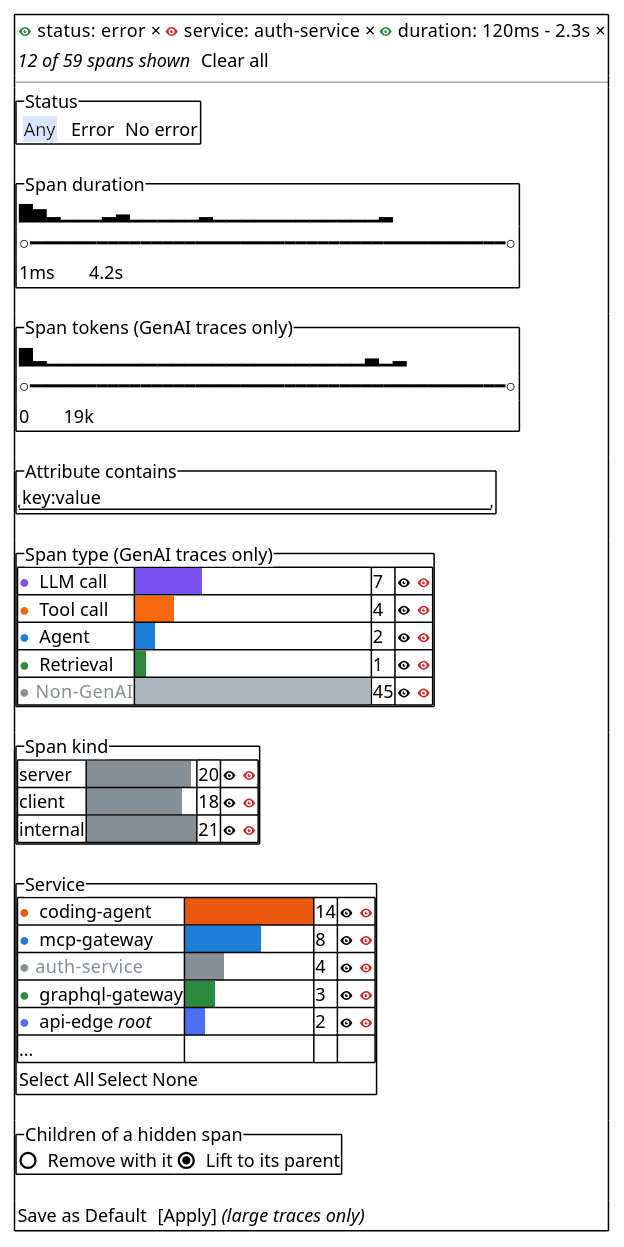
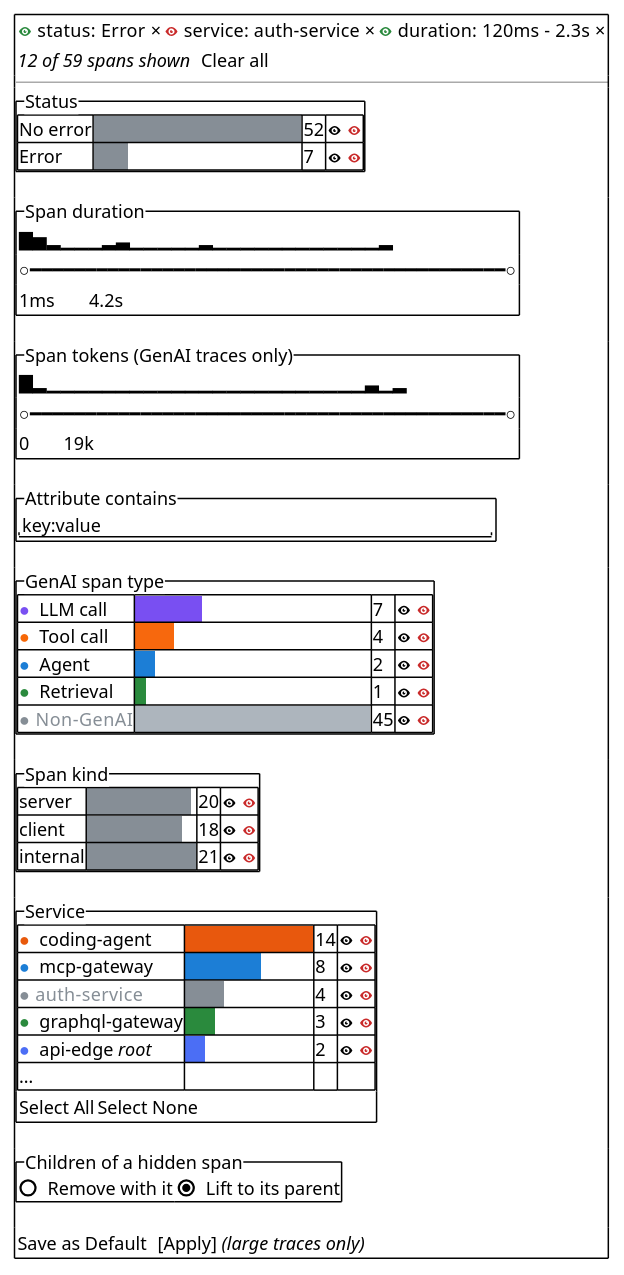
One commit to Prakhar1Ojha/jaeger-ui changed the diagram in docs/rfc/0009/popover.puml. Above: the diagram before and after it, drawn with PlantUML. The commit also changed 10 other files, not shown here.

```diff
--- a/docs/rfc/0009/popover.puml
+++ b/docs/rfc/0009/popover.puml
@@ -5,54 +5,57 @@
 @startsalt
 {+
-  { <color:#2b8a3e><&eye></color> status: error  × | <color:#c92a2a><&eye></color> service: auth-service  × | <color:#2b8a3e><&eye></color> duration: 120ms – 2.3s  × }
+  { <color:#2b8a3e><&eye></color> status: Error  × | <color:#c92a2a><&eye></color> service: auth-service  × | <color:#2b8a3e><&eye></color> duration: 120ms – 2.3s  × }
   { <i>12 of 59 spans shown</i> | . | Clear all }
   --
   {^"Status"
-    { <back:#dbe4ff> Any </back> | . | Error | . | No error }
+    {#
+      No error | <back:#868e96>                                            </back> | 52 | <&eye> <color:#c92a2a><&eye></color>
+      Error | <back:#868e96>       </back> | 7 | <&eye> <color:#c92a2a><&eye></color>
+    }
   }
   {^"Span duration"
     { ▇▅▂▁▁▁▂▃▁▁▁▁▁▂▁▁▁▁▁▁▁▁▁▁▁▁▂ }
     { ○━━━━━━━━━━━━━━━━━━━━━━━━━━━━━━━━━━━━━━━━━━━○ }
     { 1ms | . | . | . | . | 4.2s }
   }
   {^"Span tokens (GenAI traces only)"
     { ▇▂▁▁▁▁▁▁▁▁▁▁▁▁▁▁▁▁▁▁▁▁▁▁▁▃▁▂ }
     { ○━━━━━━━━━━━━━━━━━━━━━━━━━━━━━━━━━━━━━━━━━━━○ }
     { 0 | . | . | . | . | 19k }
   }
   {^"Attribute contains"
     "key:value                              "
   }
-  {^"Span type (GenAI traces only)"
+  {^"GenAI span type"
     {#
       <color:#7950f2>●</color> LLM call | <back:#7950f2>              </back> | 7 | <&eye> <color:#c92a2a><&eye></color>
       <color:#f76707>●</color> Tool call | <back:#f76707>        </back> | 4 | <&eye> <color:#c92a2a><&eye></color>
       <color:#1c7ed6>●</color> Agent | <back:#1c7ed6>    </back> | 2 | <&eye> <color:#c92a2a><&eye></color>
       <color:#2b8a3e>●</color> Retrieval | <back:#2b8a3e>  </back> | 1 | <&eye> <color:#c92a2a><&eye></color>
       <color:#868e96>● Non-GenAI</color> | <back:#adb5bd>                                                  </back> | 45 | <&eye> <color:#c92a2a><b><&eye></b></color>
     }
   }
   {^"Span kind"
     {#
       server | <back:#868e96>                      </back> | 20 | <&eye> <color:#c92a2a><&eye></color>
       client | <back:#868e96>                    </back> | 18 | <&eye> <color:#c92a2a><&eye></color>
       internal | <back:#868e96>                       </back> | 21 | <&eye> <color:#c92a2a><&eye></color>
     }
   }
   {^"Service"
     {#
       <color:#e8590c>●</color> coding-agent     | <back:#e8590c>                           </back> | 14 | <&eye> <color:#c92a2a><&eye></color>
       <color:#1c7ed6>●</color> mcp-gateway      | <back:#1c7ed6>                </back> | 8 | <&eye> <color:#c92a2a><&eye></color>
       <color:#868e96>● auth-service     </color>| <back:#868e96>        </back> | 4 | <&eye> <color:#c92a2a><b><&eye></b></color>
       <color:#2b8a3e>●</color> graphql-gateway  | <back:#2b8a3e>      </back> | 3 | <&eye> <color:#c92a2a><&eye></color>
       <color:#4c6ef5>●</color> api-edge <i>root</i>   | <back:#4c6ef5>    </back> | 2 | <&eye> <color:#c92a2a><&eye></color>
       … | . | . | .
     }
     { Select All | Select None }
   }
   {^"Children of a hidden span"
     ( ) Remove with it | (X) Lift to its parent
   }
   { Save as Default | . | [Apply] <i>(large traces only)</i> }
 }
 @endsalt
```
